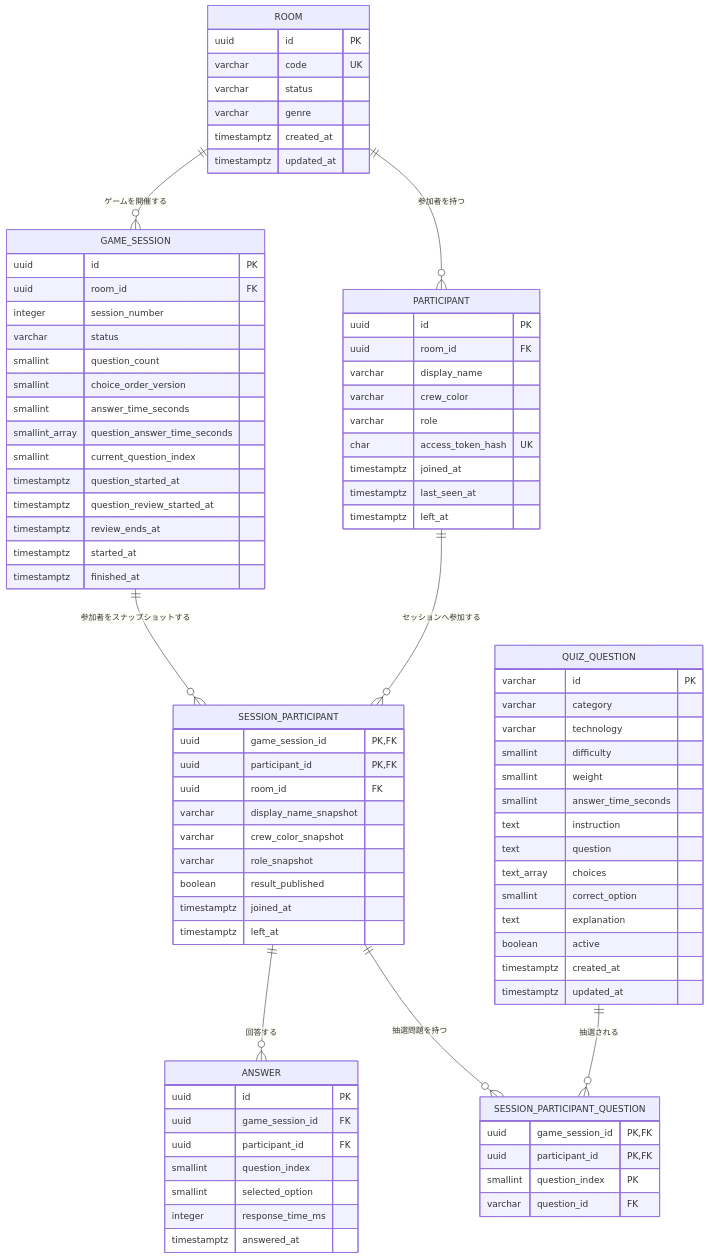
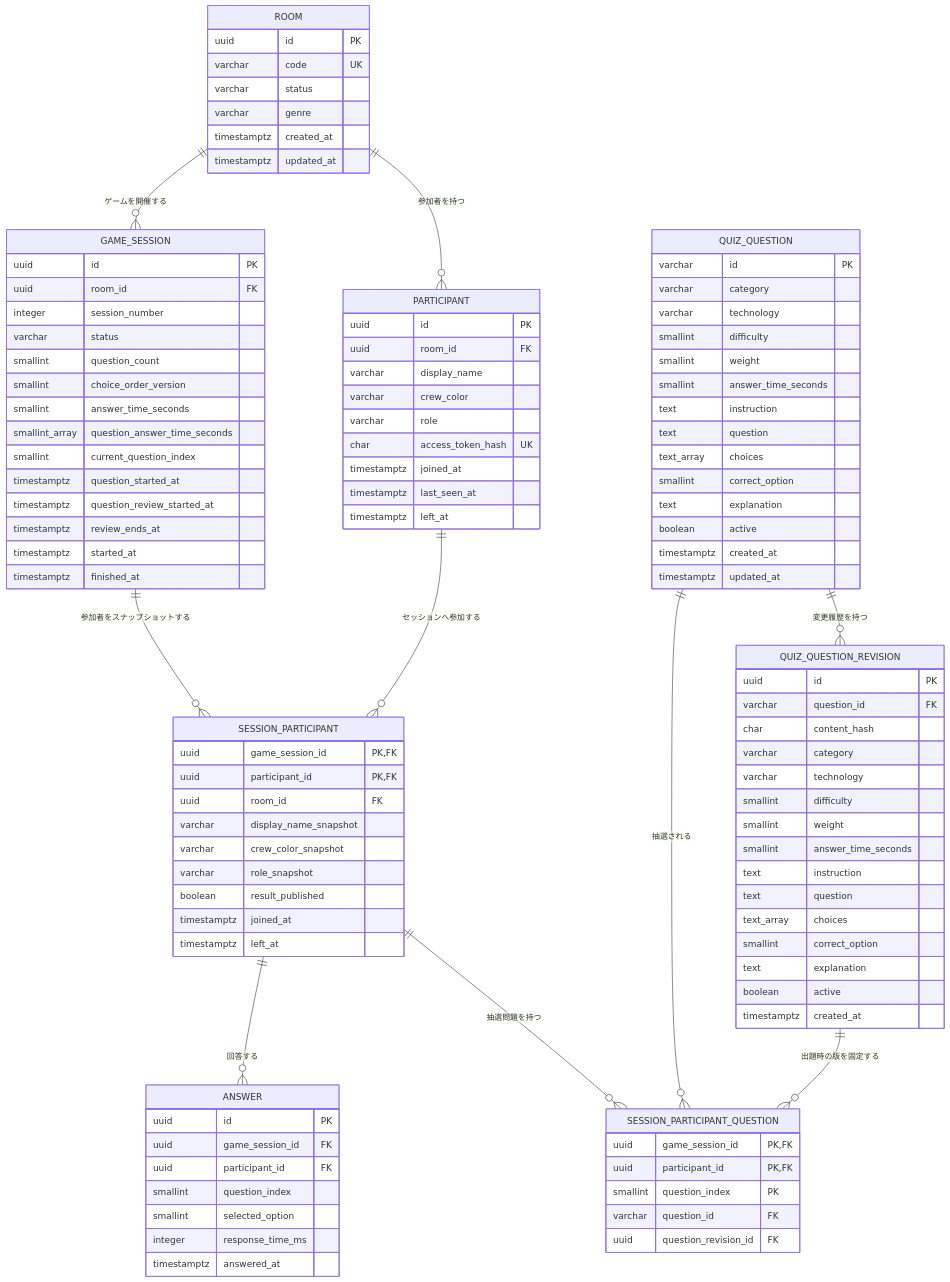
One commit to 007iger/engifar changed the diagram in docs/er-diagram.md. Above: the diagram before and after it, drawn with Mermaid. The commit also changed 20 other files, not shown here.

````diff
--- a/docs/er-diagram.md
+++ b/docs/er-diagram.md
@@ -26,6 +26,8 @@
     SESSION_PARTICIPANT ||--o{ ANSWER : "回答する"
     SESSION_PARTICIPANT ||--o{ SESSION_PARTICIPANT_QUESTION : "抽選問題を持つ"
     QUIZ_QUESTION ||--o{ SESSION_PARTICIPANT_QUESTION : "抽選される"
+    QUIZ_QUESTION ||--o{ QUIZ_QUESTION_REVISION : "変更履歴を持つ"
+    QUIZ_QUESTION_REVISION ||--o{ SESSION_PARTICIPANT_QUESTION : "出題時の版を固定する"
 
     ROOM {
         uuid id PK
@@ -104,10 +106,29 @@
         timestamptz updated_at
     }
 
+    QUIZ_QUESTION_REVISION {
+        uuid id PK
+        varchar question_id FK
+        char content_hash
+        varchar category
+        varchar technology
+        smallint difficulty
+        smallint weight
+        smallint answer_time_seconds
+        text instruction
+        text question
+        text_array choices
+        smallint correct_option
+        text explanation
+        boolean active
+        timestamptz created_at
+    }
+
     SESSION_PARTICIPANT_QUESTION {
         uuid game_session_id PK,FK
         uuid participant_id PK,FK
         smallint question_index PK
         varchar question_id FK
+        uuid question_revision_id FK
     }
 ```
````
